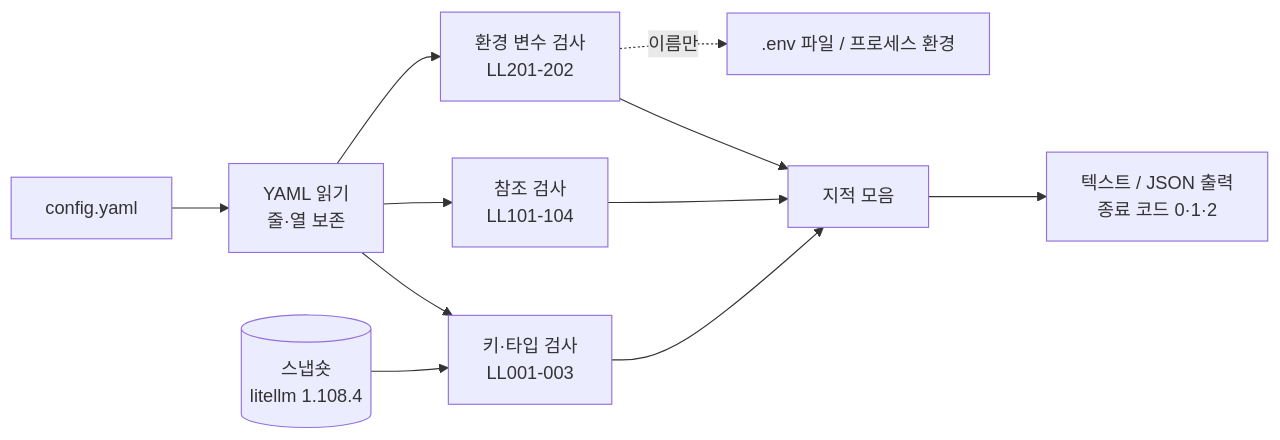
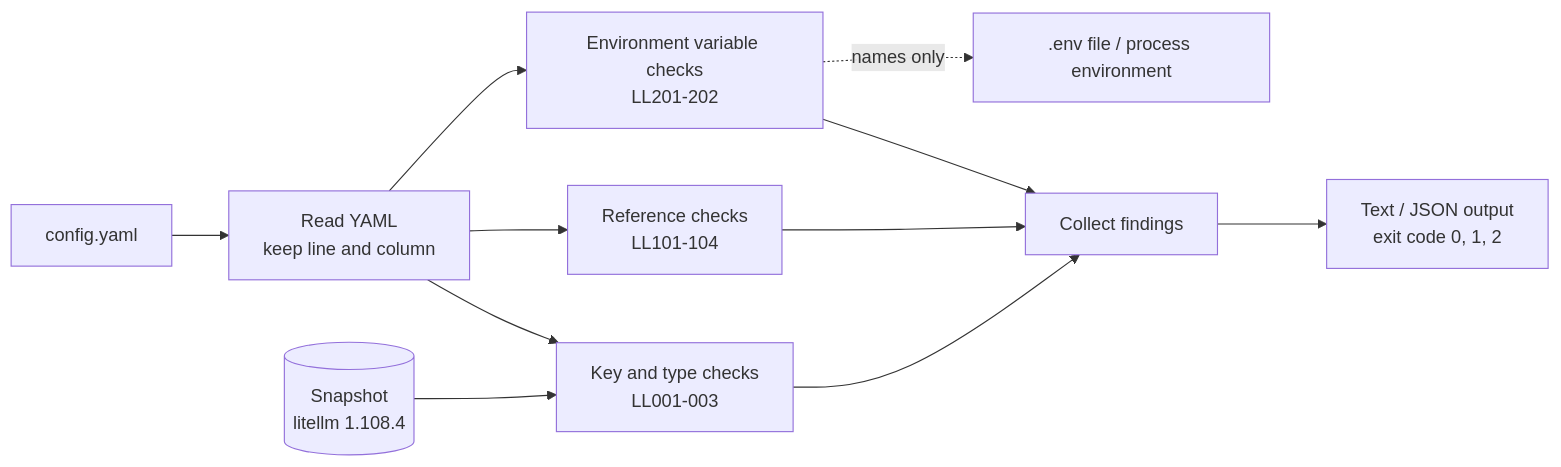
Before and after one commit to LeeGyeongPil/litellm-lint: the diagram in README.md, drawn with Mermaid. The commit also changed other lines of this file and 2 other files, not shown here.

````diff
--- a/README.md
+++ b/README.md
@@ -190,13 +188,13 @@
 ```mermaid
 flowchart LR
-    A[config.yaml] --> B[YAML 읽기<br/>줄·열 보존]
-    S[(스냅숏<br/>litellm 1.108.4)] --> C
-    B --> C[키·타입 검사<br/>LL001-003]
-    B --> D[참조 검사<br/>LL101-104]
-    B --> E[환경 변수 검사<br/>LL201-202]
-    E -. 이름만 .-> F[.env 파일 / 프로세스 환경]
-    C --> G[지적 모음]
+    A[config.yaml] --> B["Read YAML<br/>keep line and column"]
+    S[("Snapshot<br/>litellm 1.108.4")] --> C
+    B --> C["Key and type checks<br/>LL001-003"]
+    B --> D["Reference checks<br/>LL101-104"]
+    B --> E["Environment variable checks<br/>LL201-202"]
+    E -. "names only" .-> F[".env file / process environment"]
+    C --> G["Collect findings"]
     D --> G
     E --> G
-    G --> H[텍스트 / JSON 출력<br/>종료 코드 0·1·2]
+    G --> H["Text / JSON output<br/>exit code 0, 1, 2"]
 ```
````
